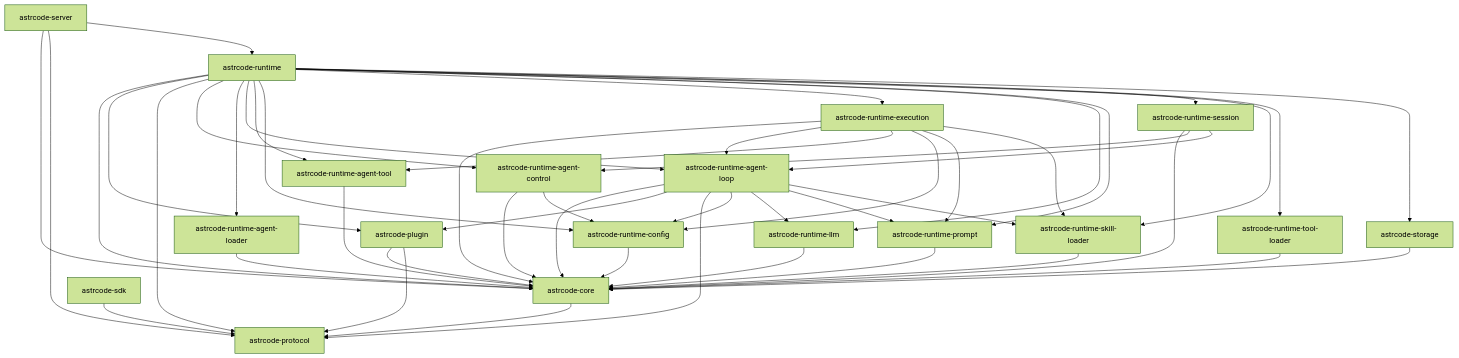
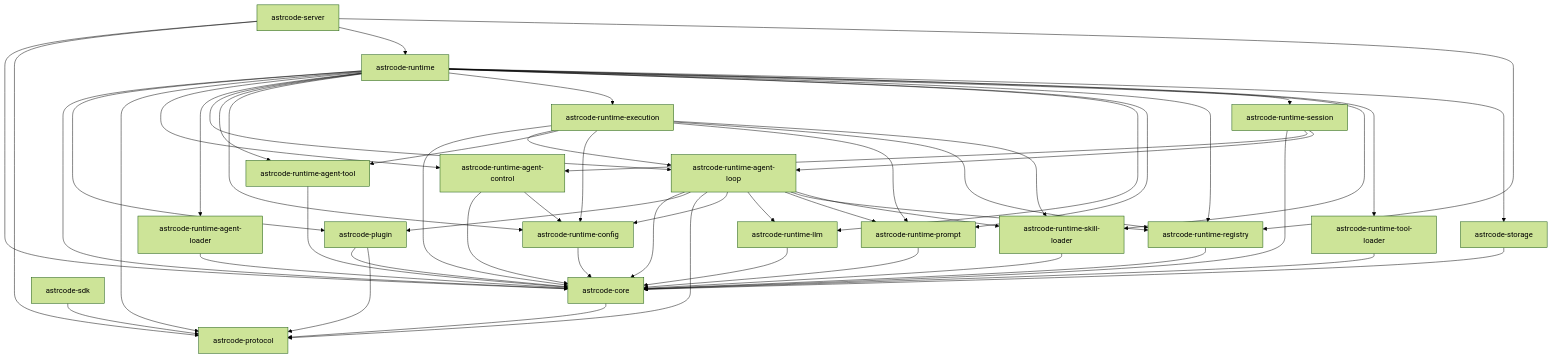
Before and after one commit to whatevertogo/Astrcode: the diagram in docs/architecture/crates-dependency-graph.md, drawn with Mermaid (forest theme). The commit also changed other lines of this file and 41 other files, not shown here.

First line of the commit message:
♻️ refactor(registry): 将 CapabilityRouter/ToolRegistry 实现下沉至 runtime-registry crate

````diff
--- a/docs/architecture/crates-dependency-graph.md
+++ b/docs/architecture/crates-dependency-graph.md
@@ -9,52 +9,57 @@
 ```mermaid
 graph TD
   astrcode-core[astrcode-core] --> astrcode-protocol[astrcode-protocol]
   astrcode-plugin[astrcode-plugin] --> astrcode-core[astrcode-core]
   astrcode-plugin[astrcode-plugin] --> astrcode-protocol[astrcode-protocol]
   astrcode-protocol[astrcode-protocol]
   astrcode-runtime[astrcode-runtime] --> astrcode-core[astrcode-core]
   astrcode-runtime[astrcode-runtime] --> astrcode-plugin[astrcode-plugin]
   astrcode-runtime[astrcode-runtime] --> astrcode-protocol[astrcode-protocol]
   astrcode-runtime[astrcode-runtime] --> astrcode-runtime-agent-control[astrcode-runtime-agent-control]
   astrcode-runtime[astrcode-runtime] --> astrcode-runtime-agent-loader[astrcode-runtime-agent-loader]
   astrcode-runtime[astrcode-runtime] --> astrcode-runtime-agent-loop[astrcode-runtime-agent-loop]
   astrcode-runtime[astrcode-runtime] --> astrcode-runtime-agent-tool[astrcode-runtime-agent-tool]
   astrcode-runtime[astrcode-runtime] --> astrcode-runtime-config[astrcode-runtime-config]
   astrcode-runtime[astrcode-runtime] --> astrcode-runtime-execution[astrcode-runtime-execution]
   astrcode-runtime[astrcode-runtime] --> astrcode-runtime-llm[astrcode-runtime-llm]
   astrcode-runtime[astrcode-runtime] --> astrcode-runtime-prompt[astrcode-runtime-prompt]
+  astrcode-runtime[astrcode-runtime] --> astrcode-runtime-registry[astrcode-runtime-registry]
   astrcode-runtime[astrcode-runtime] --> astrcode-runtime-session[astrcode-runtime-session]
   astrcode-runtime[astrcode-runtime] --> astrcode-runtime-skill-loader[astrcode-runtime-skill-loader]
   astrcode-runtime[astrcode-runtime] --> astrcode-runtime-tool-loader[astrcode-runtime-tool-loader]
   astrcode-runtime[astrcode-runtime] --> astrcode-storage[astrcode-storage]
   astrcode-runtime-agent-control[astrcode-runtime-agent-control] --> astrcode-core[astrcode-core]
   astrcode-runtime-agent-control[astrcode-runtime-agent-control] --> astrcode-runtime-config[astrcode-runtime-config]
   astrcode-runtime-agent-loader[astrcode-runtime-agent-loader] --> astrcode-core[astrcode-core]
   astrcode-runtime-agent-loop[astrcode-runtime-agent-loop] --> astrcode-core[astrcode-core]
   astrcode-runtime-agent-loop[astrcode-runtime-agent-loop] --> astrcode-plugin[astrcode-plugin]
   astrcode-runtime-agent-loop[astrcode-runtime-agent-loop] --> astrcode-protocol[astrcode-protocol]
   astrcode-runtime-agent-loop[astrcode-runtime-agent-loop] --> astrcode-runtime-config[astrcode-runtime-config]
   astrcode-runtime-agent-loop[astrcode-runtime-agent-loop] --> astrcode-runtime-llm[astrcode-runtime-llm]
   astrcode-runtime-agent-loop[astrcode-runtime-agent-loop] --> astrcode-runtime-prompt[astrcode-runtime-prompt]
+  astrcode-runtime-agent-loop[astrcode-runtime-agent-loop] --> astrcode-runtime-registry[astrcode-runtime-registry]
   astrcode-runtime-agent-loop[astrcode-runtime-agent-loop] --> astrcode-runtime-skill-loader[astrcode-runtime-skill-loader]
   astrcode-runtime-agent-tool[astrcode-runtime-agent-tool] --> astrcode-core[astrcode-core]
   astrcode-runtime-config[astrcode-runtime-config] --> astrcode-core[astrcode-core]
   astrcode-runtime-execution[astrcode-runtime-execution] --> astrcode-core[astrcode-core]
   astrcode-runtime-execution[astrcode-runtime-execution] --> astrcode-runtime-agent-loop[astrcode-runtime-agent-loop]
   astrcode-runtime-execution[astrcode-runtime-execution] --> astrcode-runtime-agent-tool[astrcode-runtime-agent-tool]
   astrcode-runtime-execution[astrcode-runtime-execution] --> astrcode-runtime-config[astrcode-runtime-config]
   astrcode-runtime-execution[astrcode-runtime-execution] --> astrcode-runtime-prompt[astrcode-runtime-prompt]
+  astrcode-runtime-execution[astrcode-runtime-execution] --> astrcode-runtime-registry[astrcode-runtime-registry]
   astrcode-runtime-execution[astrcode-runtime-execution] --> astrcode-runtime-skill-loader[astrcode-runtime-skill-loader]
   astrcode-runtime-llm[astrcode-runtime-llm] --> astrcode-core[astrcode-core]
   astrcode-runtime-prompt[astrcode-runtime-prompt] --> astrcode-core[astrcode-core]
+  astrcode-runtime-registry[astrcode-runtime-registry] --> astrcode-core[astrcode-core]
   astrcode-runtime-session[astrcode-runtime-session] --> astrcode-core[astrcode-core]
   astrcode-runtime-session[astrcode-runtime-session] --> astrcode-runtime-agent-control[astrcode-runtime-agent-control]
   astrcode-runtime-session[astrcode-runtime-session] --> astrcode-runtime-agent-loop[astrcode-runtime-agent-loop]
   astrcode-runtime-skill-loader[astrcode-runtime-skill-loader] --> astrcode-core[astrcode-core]
   astrcode-runtime-tool-loader[astrcode-runtime-tool-loader] --> astrcode-core[astrcode-core]
   astrcode-sdk[astrcode-sdk] --> astrcode-protocol[astrcode-protocol]
   astrcode-server[astrcode-server] --> astrcode-core[astrcode-core]
   astrcode-server[astrcode-server] --> astrcode-protocol[astrcode-protocol]
   astrcode-server[astrcode-server] --> astrcode-runtime[astrcode-runtime]
+  astrcode-server[astrcode-server] --> astrcode-runtime-registry[astrcode-runtime-registry]
   astrcode-storage[astrcode-storage] --> astrcode-core[astrcode-core]
 ```
````
